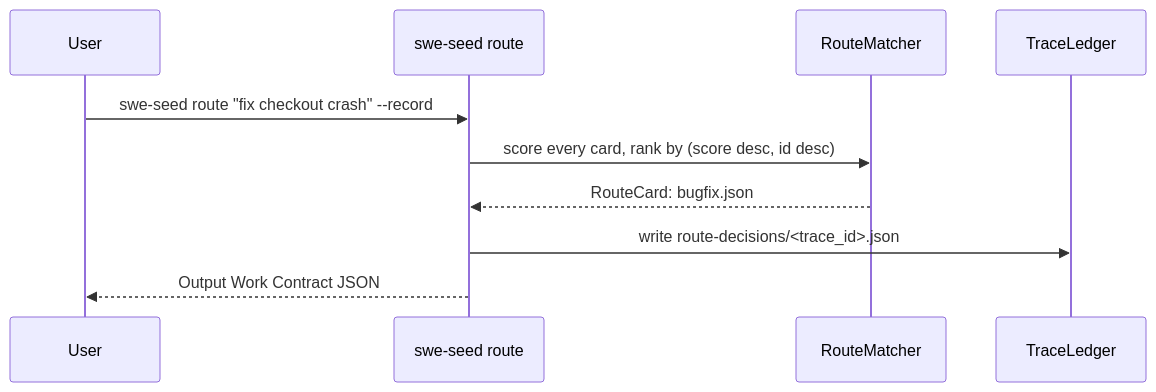
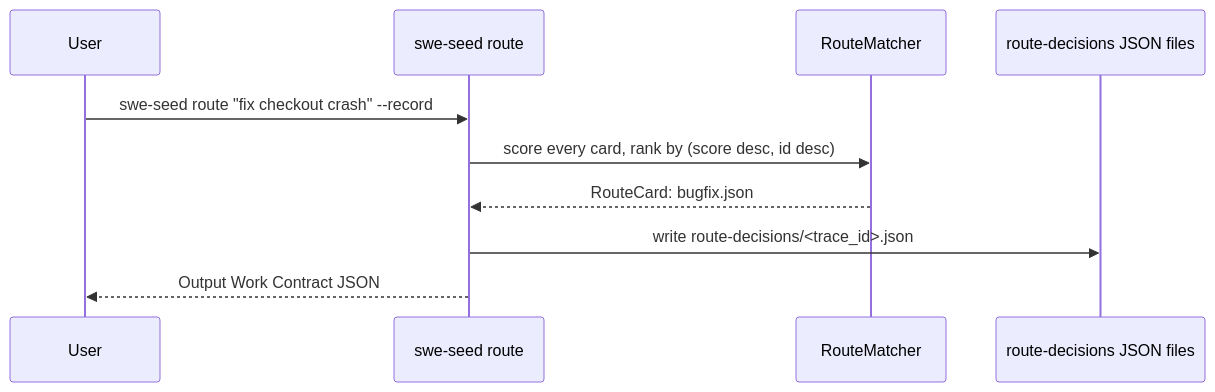
The third of 3 diagrams in docs/subsystems/routing-engine.md (GodSpeedAI/swe_seed), drawn with Mermaid before and after one commit. The commit also changed 5 other files, not shown here.

````diff
--- a/docs/subsystems/routing-engine.md
+++ b/docs/subsystems/routing-engine.md
@@ -107,13 +107,13 @@
 ```mermaid
 sequenceDiagram
     participant User
     participant CLI as swe-seed route
     participant Engine as RouteMatcher
-    participant Ledger as TraceLedger
+    participant Files as route-decisions JSON files
 
     User->>CLI: swe-seed route "fix checkout crash" --record
     CLI->>Engine: score every card, rank by (score desc, id desc)
     Engine-->>CLI: RouteCard: bugfix.json
-    CLI->>Ledger: write route-decisions/<trace_id>.json
+    CLI->>Files: write route-decisions/<trace_id>.json
     CLI-->>User: Output Work Contract JSON
 ```
````
